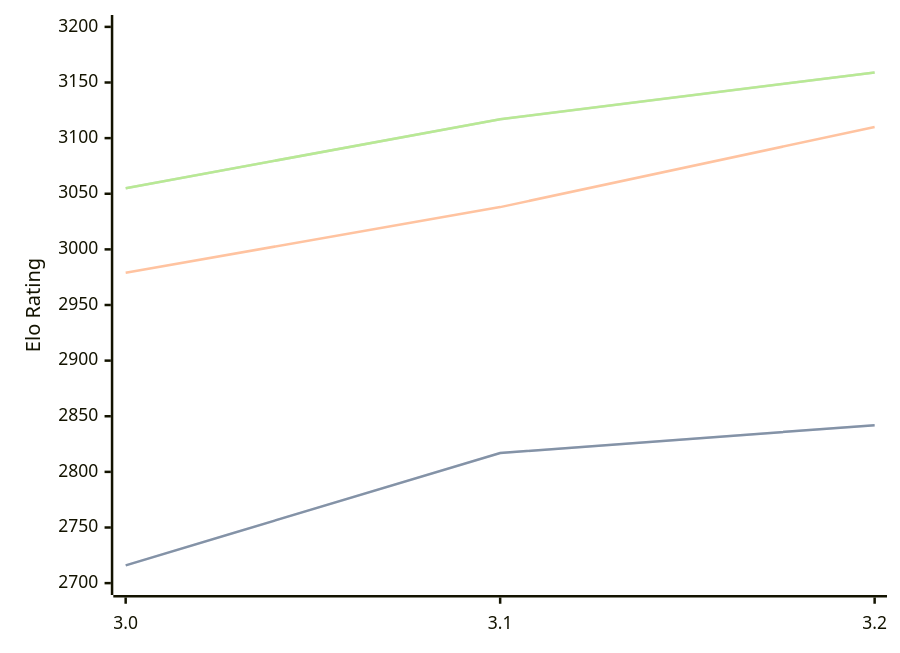
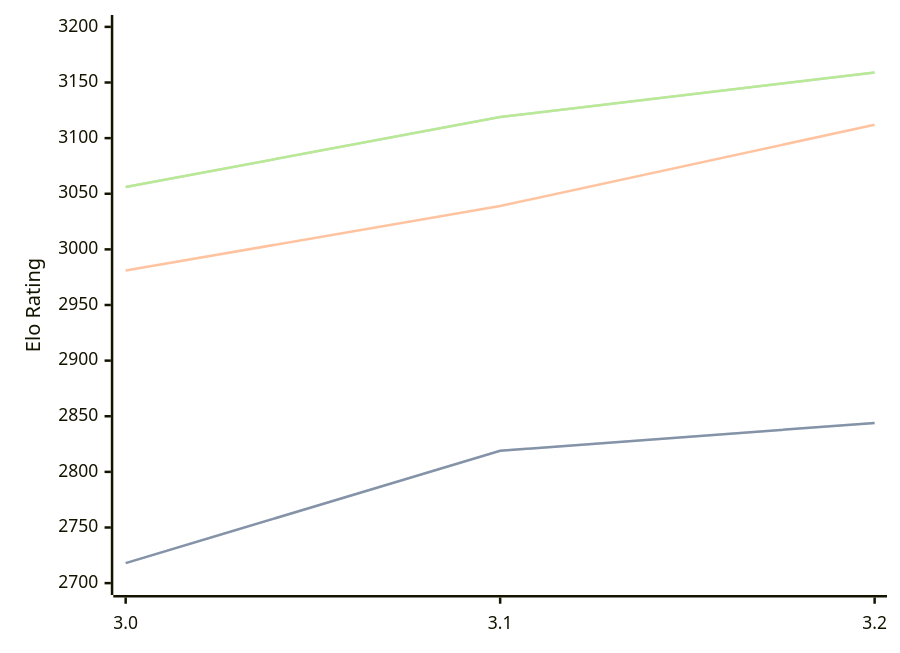
Before and after one commit to computer-chess-index/cci: the diagram in engines/Vajolet2.md, drawn with Mermaid. The commit also changed other lines of this file, not shown here.

Commit message:
Update CCI Ratings (ELO VLTC) - 2026-07-23

````diff
--- a/engines/Vajolet2.md
+++ b/engines/Vajolet2.md
@@ -41,11 +41,11 @@
 ```mermaid
 %%{init: {"theme":"base","themeVariables":{"seriesColors:['#a3a3a3','#222221','#faa371']}}}%%
 xychart-beta
   x-axis ["3.0", "3.1", "3.2"]
   y-axis "Elo Rating" 2700 --> 3200
-  line "STC (8.0+0.08s)" [2716, 2817, 2842]
-  line "STC (8.0+0.08s)" [2716, 2817, 2842]
-  line "LTC (60.0+0.60s)" [2979, 3038, 3110]
-  line "VLTC (2m24s+1.12s)" [3055, 3117, 3159]
-  line "VLTC (2m24s+1.12s)" [3055, 3117, 3159]
+  line "STC (8.0+0.08s)" [2718, 2819, 2844]
+  line "STC (8.0+0.08s)" [2718, 2819, 2844]
+  line "LTC (60.0+0.60s)" [2981, 3039, 3112]
+  line "VLTC (2m24s+1.12s)" [3056, 3119, 3159]
+  line "VLTC (2m24s+1.12s)" [3056, 3119, 3159]
 ```
````
